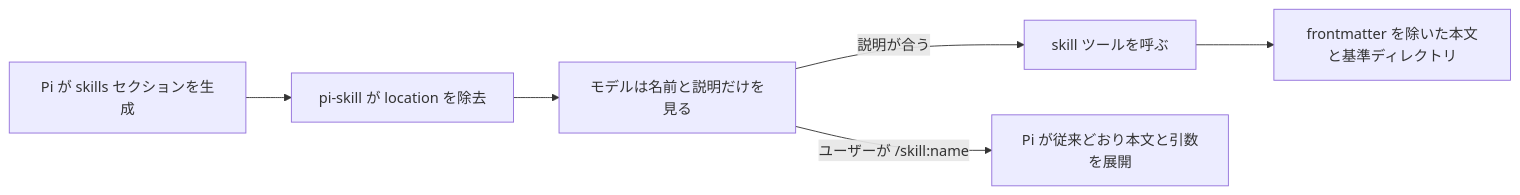
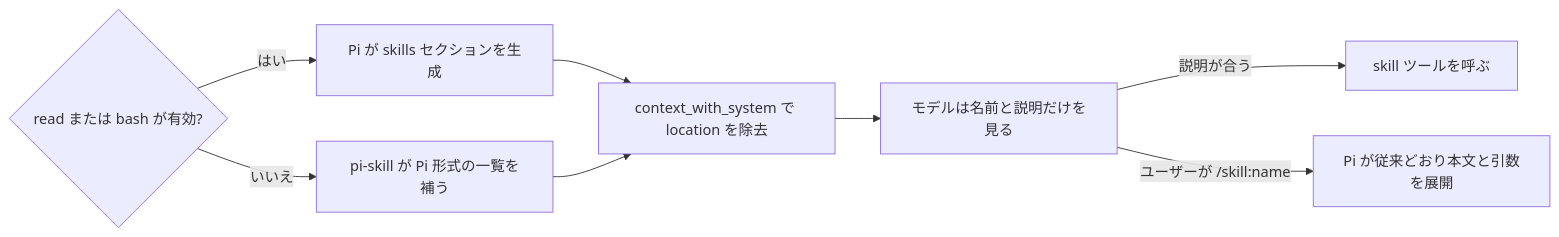
The diagram in README.md (kurowashi/pi-skill), drawn with Mermaid before and after one commit. The commit also changed other lines of this file and 5 other files, not shown here.

````diff
--- a/README.md
+++ b/README.md
@@ -10,8 +12,10 @@
 ```mermaid
 flowchart LR
-  A[Pi が skills セクションを生成] --> B[pi-skill が location を除去]
-  B --> C[モデルは名前と説明だけを見る]
-  C -->|説明が合う| D[skill ツールを呼ぶ]
-  D --> E[frontmatter を除いた本文と基準ディレクトリ]
-  C -->|ユーザーが /skill:name| F[Pi が従来どおり本文と引数を展開]
+  A{read または bash が有効?} -->|はい| B[Pi が skills セクションを生成]
+  A -->|いいえ| C[pi-skill が Pi 形式の一覧を補う]
+  B --> D[context_with_system で location を除去]
+  C --> D
+  D --> E[モデルは名前と説明だけを見る]
+  E -->|説明が合う| F[skill ツールを呼ぶ]
+  E -->|ユーザーが /skill:name| G[Pi が従来どおり本文と引数を展開]
 ```
````
